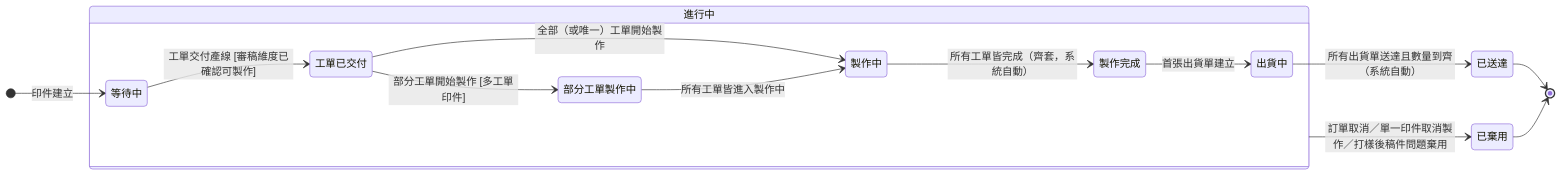
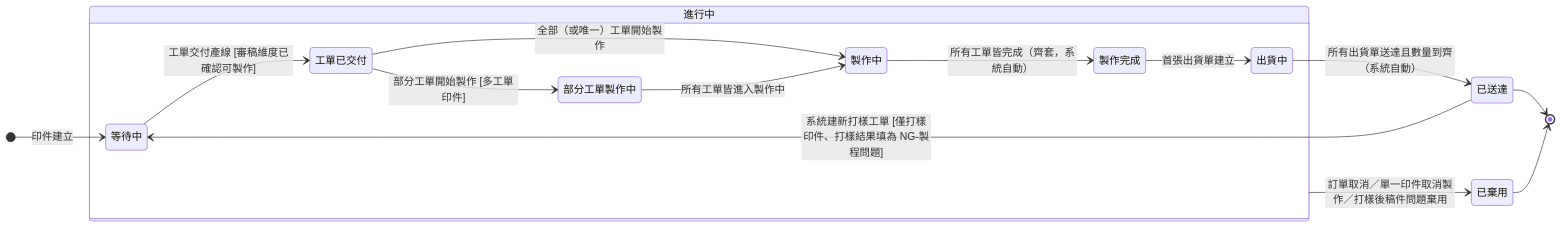
The second of 2 diagrams in memory/Sens_wiki/wiki/erp/06-state-machines/印件狀態.md (Kawato-Miles/erp-spec), drawn with Mermaid before and after one commit. The commit also changed other lines of this file and 8 other files, not shown here.

Commit message:
feat: 打樣印件印製維度建模落地（PI-004 拍板封存）——送樣建一般出貨單走既有分批出貨（零特例）、NG-製程重打回頭轉換「已送達→等待中」（舊樣報廢累計按週期歸零）、純打樣訂單完成守衛（另須打樣結果OK）；wiki 六卡回填、prepress spec 同步 NG-製程自動重打、Linear 印製維度圖補回頭邊

````diff
--- a/memory/Sens_wiki/wiki/erp/06-state-machines/印件狀態.md
+++ b/memory/Sens_wiki/wiki/erp/06-state-machines/印件狀態.md
@@ -104,32 +104,33 @@
 ```mermaid
 stateDiagram-v2
     direction LR
 
     [*] --> p_waiting : 印件建立
 
     state "進行中" as Active {
         direction LR
         state "等待中" as p_waiting
         state "工單已交付" as p_delivered
         state "部分工單製作中" as p_partial
         state "製作中" as p_making
         state "製作完成" as p_done
         state "出貨中" as p_shipping
 
         p_waiting --> p_delivered : 工單交付產線 [審稿維度已確認可製作]
         p_delivered --> p_partial : 部分工單開始製作 [多工單印件]
         p_delivered --> p_making : 全部（或唯一）工單開始製作
         p_partial --> p_making : 所有工單皆進入製作中
         p_making --> p_done : 所有工單皆完成（齊套，系統自動）
         p_done --> p_shipping : 首張出貨單建立
     }
 
     state "已送達" as p_arrived
     state "已棄用" as p_discarded
 
     p_shipping --> p_arrived : 所有出貨單送達且數量到齊（系統自動）
+    p_arrived --> p_waiting : 系統建新打樣工單 [僅打樣印件、打樣結果填為 NG-製程問題]
     Active --> p_discarded : 訂單取消／單一印件取消製作／打樣後稿件問題棄用
 
     p_arrived --> [*]
     p_discarded --> [*]
 ```
````
